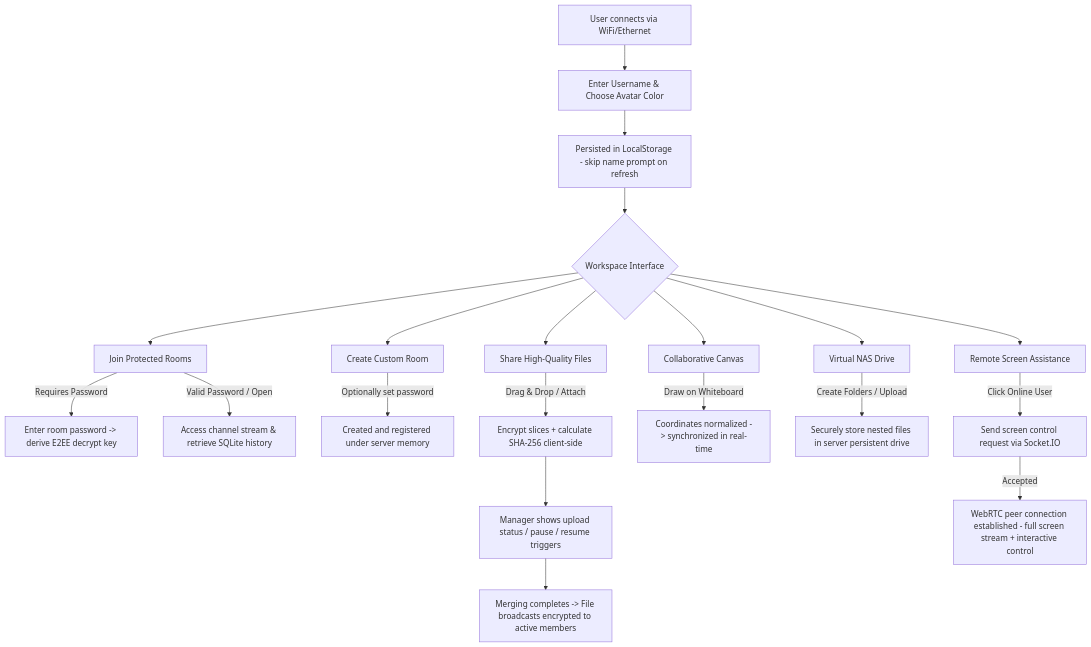
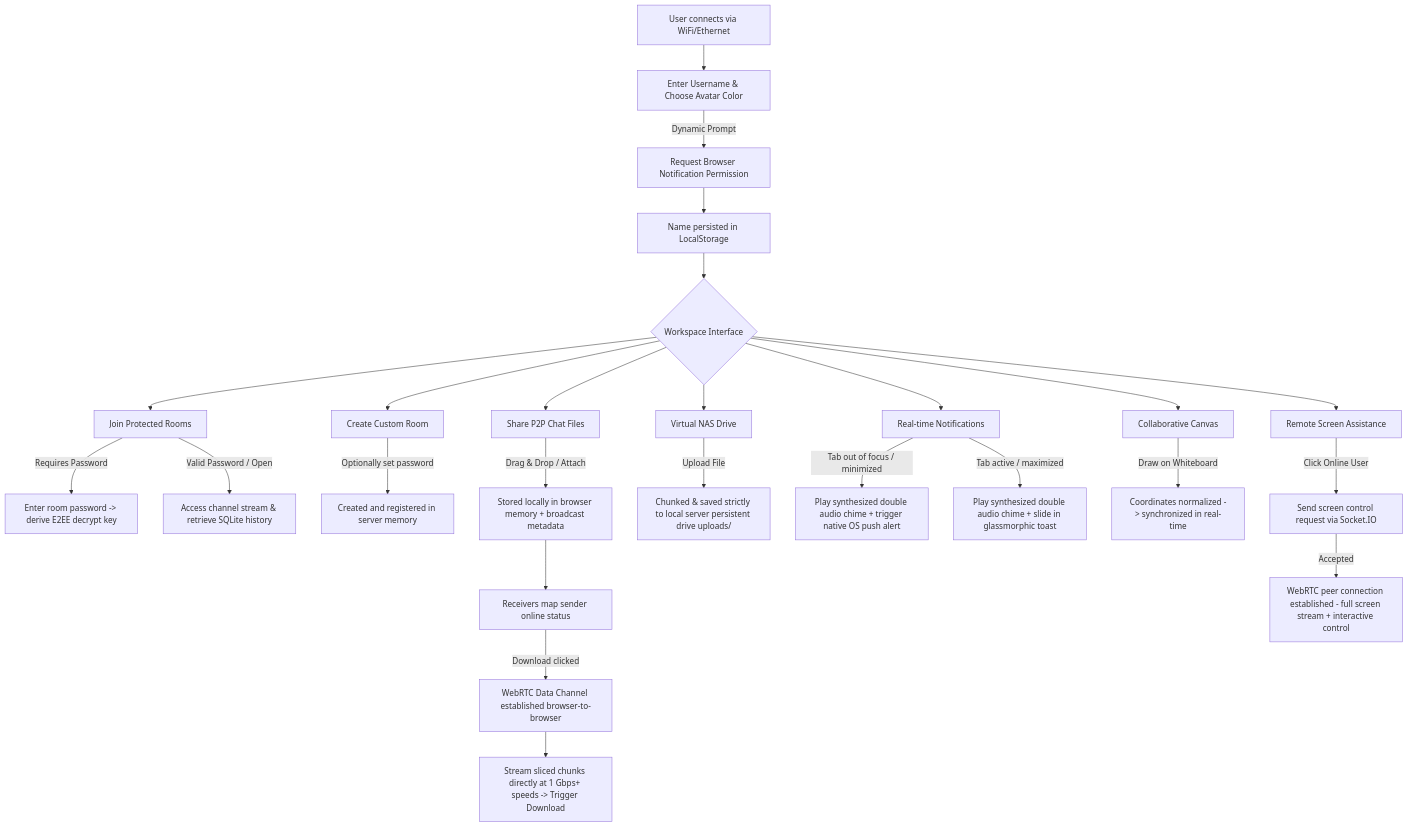
Before and after one commit to arshad-muhammad/FileShareX: the third of 3 diagrams in README.md, drawn with Mermaid.

Commit message:
docs: update README interactive user flow diagram to include P2P transfers and real-time audio/push notifications

````diff
--- a/README.md
+++ b/README.md
@@ -152,28 +152,34 @@
 ```mermaid
 graph TD
     A[User connects via WiFi/Ethernet] --> B[Enter Username & Choose Avatar Color]
-    B --> C[Persisted in LocalStorage - skip name prompt on refresh]
-    C --> D{Workspace Interface}
+    B -->|Dynamic Prompt| C[Request Browser Notification Permission]
+    C --> D[Name persisted in LocalStorage]
+    D --> E{Workspace Interface}
     
-    D --> E[Join Protected Rooms]
-    E -->|Requires Password| F[Enter room password -> derive E2EE decrypt key]
-    E -->|Valid Password / Open| G[Access channel stream & retrieve SQLite history]
+    E --> F[Join Protected Rooms]
+    F -->|Requires Password| G[Enter room password -> derive E2EE decrypt key]
+    F -->|Valid Password / Open| H[Access channel stream & retrieve SQLite history]
     
-    D --> H[Create Custom Room]
-    H -->|Optionally set password| I[Created and registered under server memory]
+    E --> I[Create Custom Room]
+    I -->|Optionally set password| J[Created and registered in server memory]
     
-    D --> J[Share High-Quality Files]
-    J -->|Drag & Drop / Attach| K[Encrypt slices + calculate SHA-256 client-side]
-    K --> L[Manager shows upload status / pause / resume triggers]
-    L --> M[Merging completes -> File broadcasts encrypted to active members]
+    E --> K[Share P2P Chat Files]
+    K -->|Drag & Drop / Attach| L[Stored locally in browser memory + broadcast metadata]
+    L --> M[Receivers map sender online status]
+    M -->|Download clicked| N[WebRTC Data Channel established browser-to-browser]
+    N --> O[Stream sliced chunks directly at 1 Gbps+ speeds -> Trigger Download]
     
-    D --> N[Collaborative Canvas]
-    N -->|Draw on Whiteboard| O[Coordinates normalized -> synchronized in real-time]
+    E --> P[Virtual NAS Drive]
+    P -->|Upload File| Q[Chunked & saved strictly to local server persistent drive uploads/]
     
-    D --> P[Virtual NAS Drive]
-    P -->|Create Folders / Upload| Q[Securely store nested files in server persistent drive]
+    E --> R[Real-time Notifications]
+    R -->|Tab out of focus / minimized| S[Play synthesized double audio chime + trigger native OS push alert]
+    R -->|Tab active / maximized| T[Play synthesized double audio chime + slide in glassmorphic toast]
     
-    D --> R[Remote Screen Assistance]
-    R -->|Click Online User| S[Send screen control request via Socket.IO]
-    S -->|Accepted| T[WebRTC peer connection established - full screen stream + interactive control]
+    E --> U[Collaborative Canvas]
+    U -->|Draw on Whiteboard| V[Coordinates normalized -> synchronized in real-time]
+    
+    E --> W[Remote Screen Assistance]
+    W -->|Click Online User| X[Send screen control request via Socket.IO]
+    X -->|Accepted| Y[WebRTC peer connection established - full screen stream + interactive control]
 ```
````
